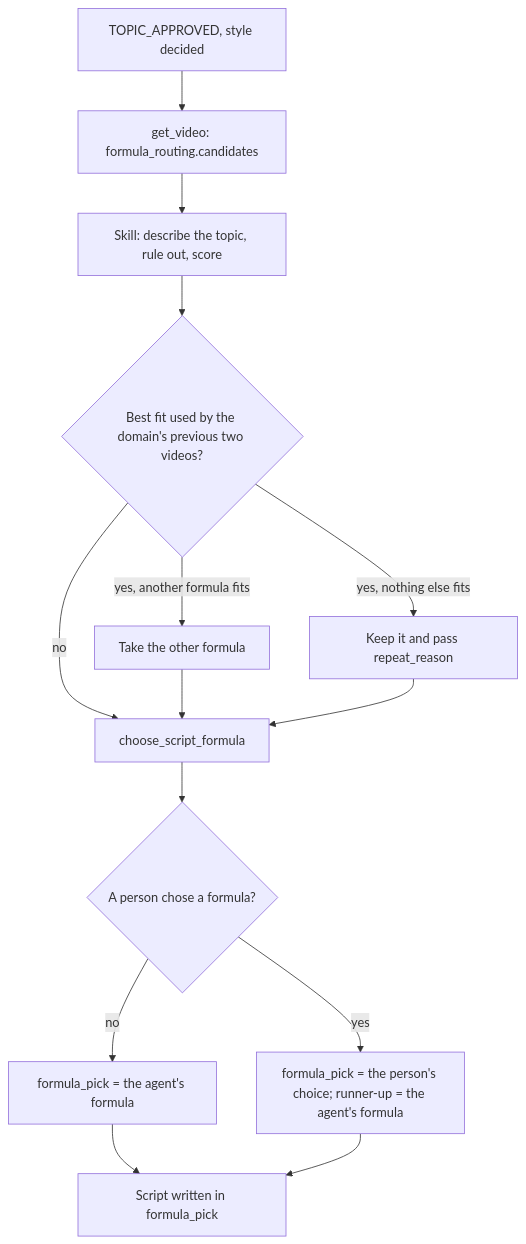
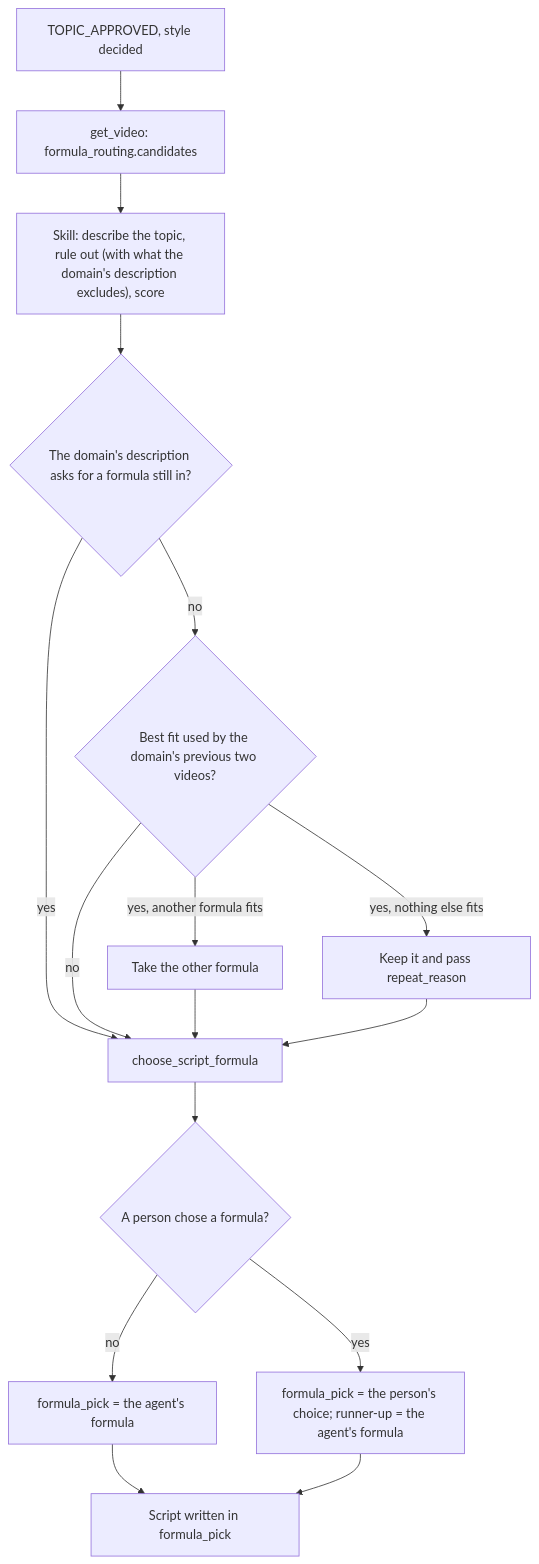
One commit to teja156/tubematic changed the first of 2 diagrams in docs/developer/08-scripting-and-voice.md. Above: the diagram before and after it, drawn with Mermaid. The commit also changed 25 other files, not shown here.

First line of the commit message:
A domain's description is editable in its row and is the agent's standing instructions for that domain (TMDEV-256)

````diff
--- a/docs/developer/08-scripting-and-voice.md
+++ b/docs/developer/08-scripting-and-voice.md
@@ -141,16 +141,18 @@
 ```mermaid
 flowchart TD
     A["TOPIC_APPROVED, style decided"] --> B["get_video: formula_routing.candidates"]
-    B --> C["Skill: describe the topic, rule out, score"]
-    C --> D{"Best fit used by the domain's previous two videos?"}
+    B --> C["Skill: describe the topic, rule out (with what the domain's description excludes), score"]
+    C --> R{"The domain's description asks for a formula still in?"}
+    R -- "yes" --> G
+    R -- "no" --> D{"Best fit used by the domain's previous two videos?"}
     D -- "no" --> G["choose_script_formula"]
     D -- "yes, another formula fits" --> E["Take the other formula"]
     D -- "yes, nothing else fits" --> F["Keep it and pass repeat_reason"]
     E --> G
     F --> G
     G --> H{"A person chose a formula?"}
     H -- "no" --> I["formula_pick = the agent's formula"]
     H -- "yes" --> J["formula_pick = the person's choice; runner-up = the agent's formula"]
     I --> K["Script written in formula_pick"]
     J --> K
 ```
````
